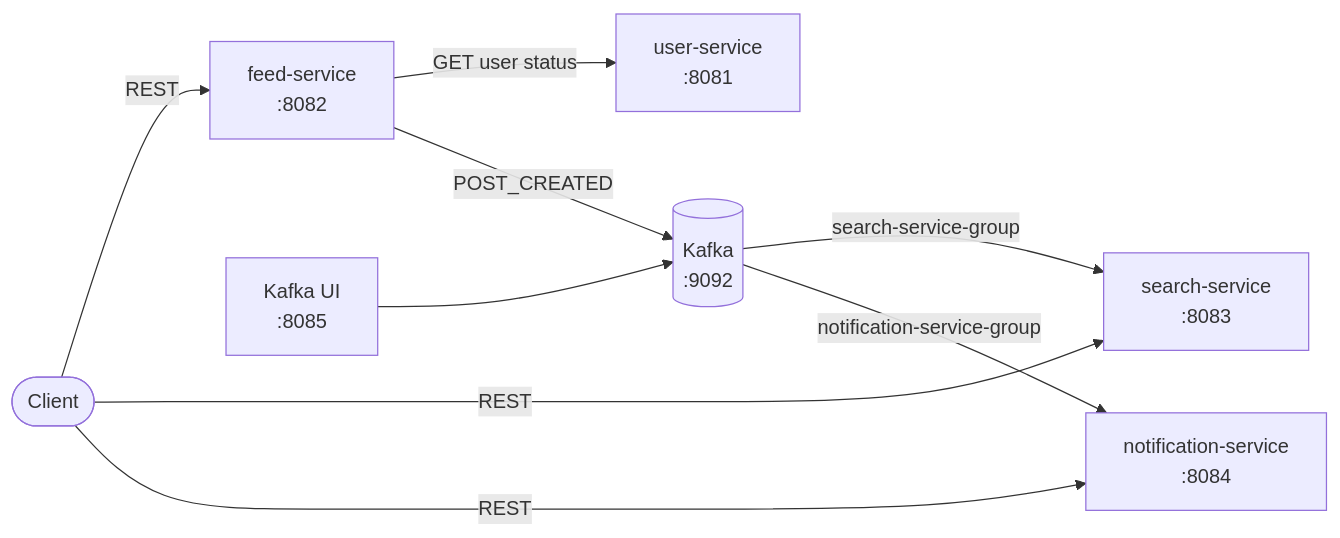
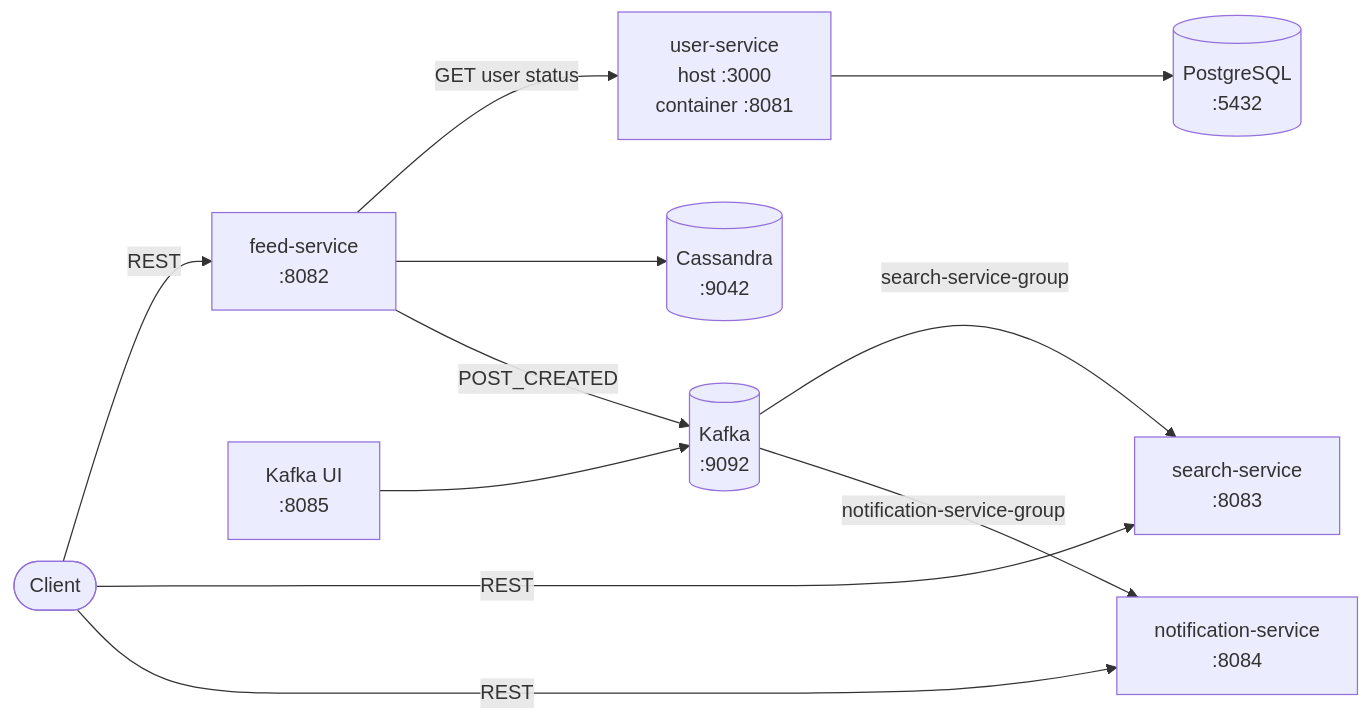
One commit to lenguyentiendat/devconnect-microservice-demo changed the diagram in README.md. Above: the diagram before and after it, drawn with Mermaid. The commit also changed other lines of this file and 36 other files, not shown here.

````diff
--- a/README.md
+++ b/README.md
@@ -13,19 +17,23 @@
 ```mermaid
 flowchart LR
     Client([Client])
-    User[user-service<br/>:8081]
+    User[user-service<br/>host :3000<br/>container :8081]
     Feed[feed-service<br/>:8082]
     Kafka[(Kafka<br/>:9092)]
+    PostgreSQL[(PostgreSQL<br/>:5432)]
+    Cassandra[(Cassandra<br/>:9042)]
     Search[search-service<br/>:8083]
     Notification[notification-service<br/>:8084]
     KafkaUI[Kafka UI<br/>:8085]
 
     Client -->|REST| Feed
     Client -->|REST| Search
     Client -->|REST| Notification
     Feed -->|GET user status| User
+    User --> PostgreSQL
+    Feed --> Cassandra
     Feed -->|POST_CREATED| Kafka
     Kafka -->|search-service-group| Search
     Kafka -->|notification-service-group| Notification
     KafkaUI --> Kafka
 ```
````
